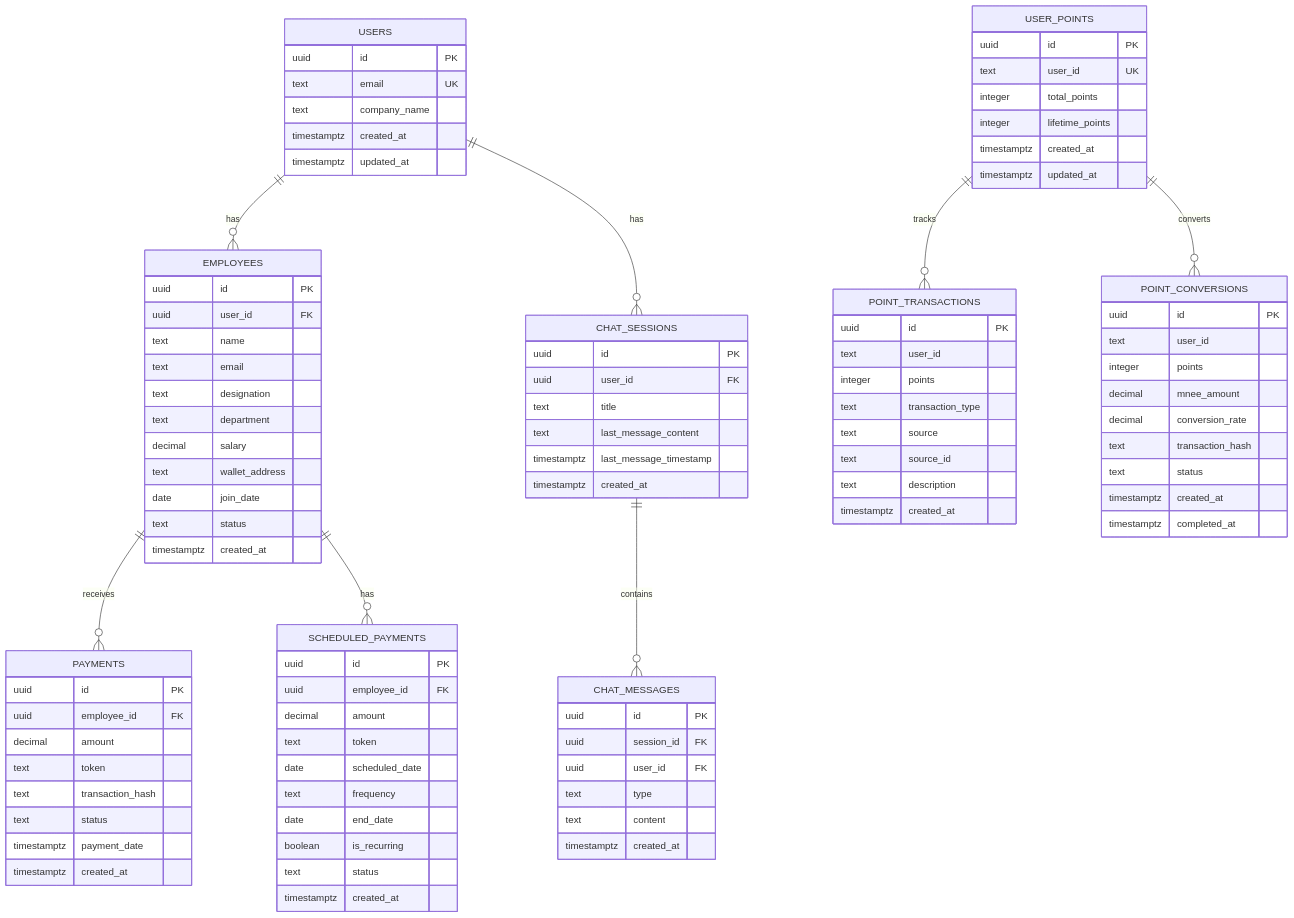
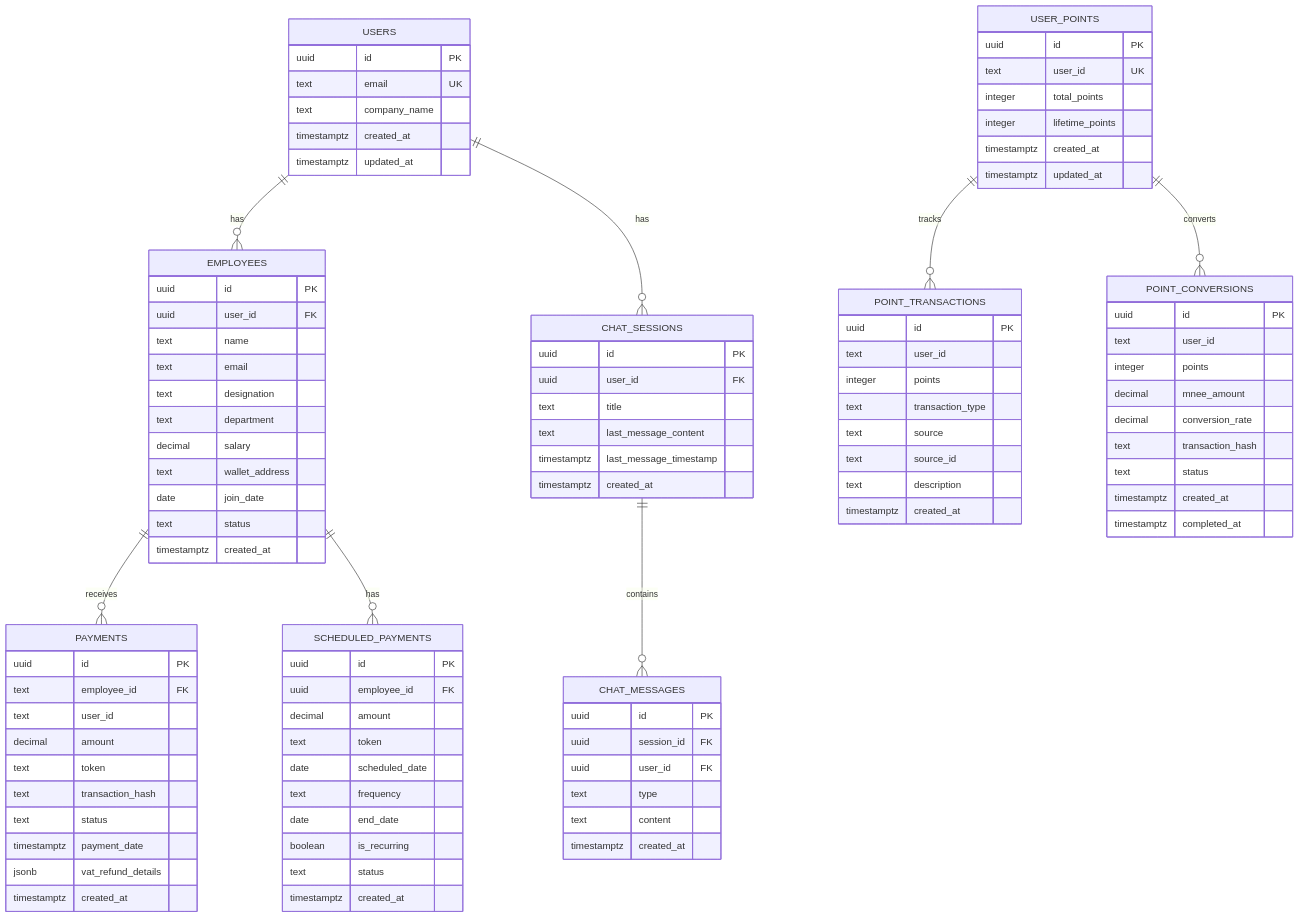
The second of 9 diagrams in README.md (AmaanSayyad/Gemetra-Mnee), drawn with Mermaid before and after one commit. The commit also changed other lines of this file, not shown here.

Commit message:
docs: update README with VAT Admin Panel, vat_refund_details JSONB field, and new features

```diff
--- a/README.md
+++ b/README.md
@@ -125,12 +125,14 @@
 
     PAYMENTS {
         uuid id PK
-        uuid employee_id FK
+        text employee_id FK
+        text user_id
         decimal amount
         text token
         text transaction_hash
         text status
         timestamptz payment_date
+        jsonb vat_refund_details
         timestamptz created_at
     }
 
```
